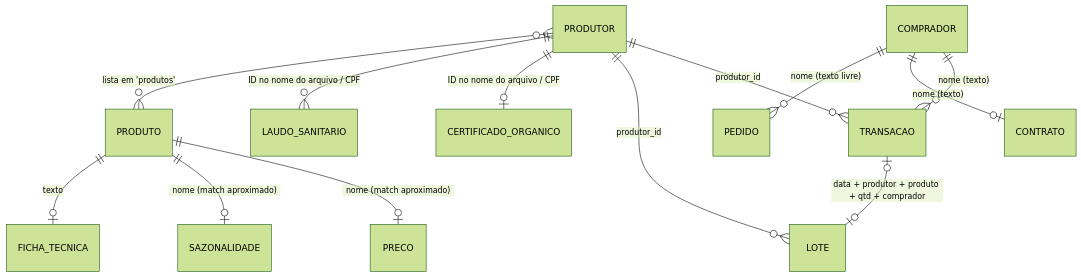
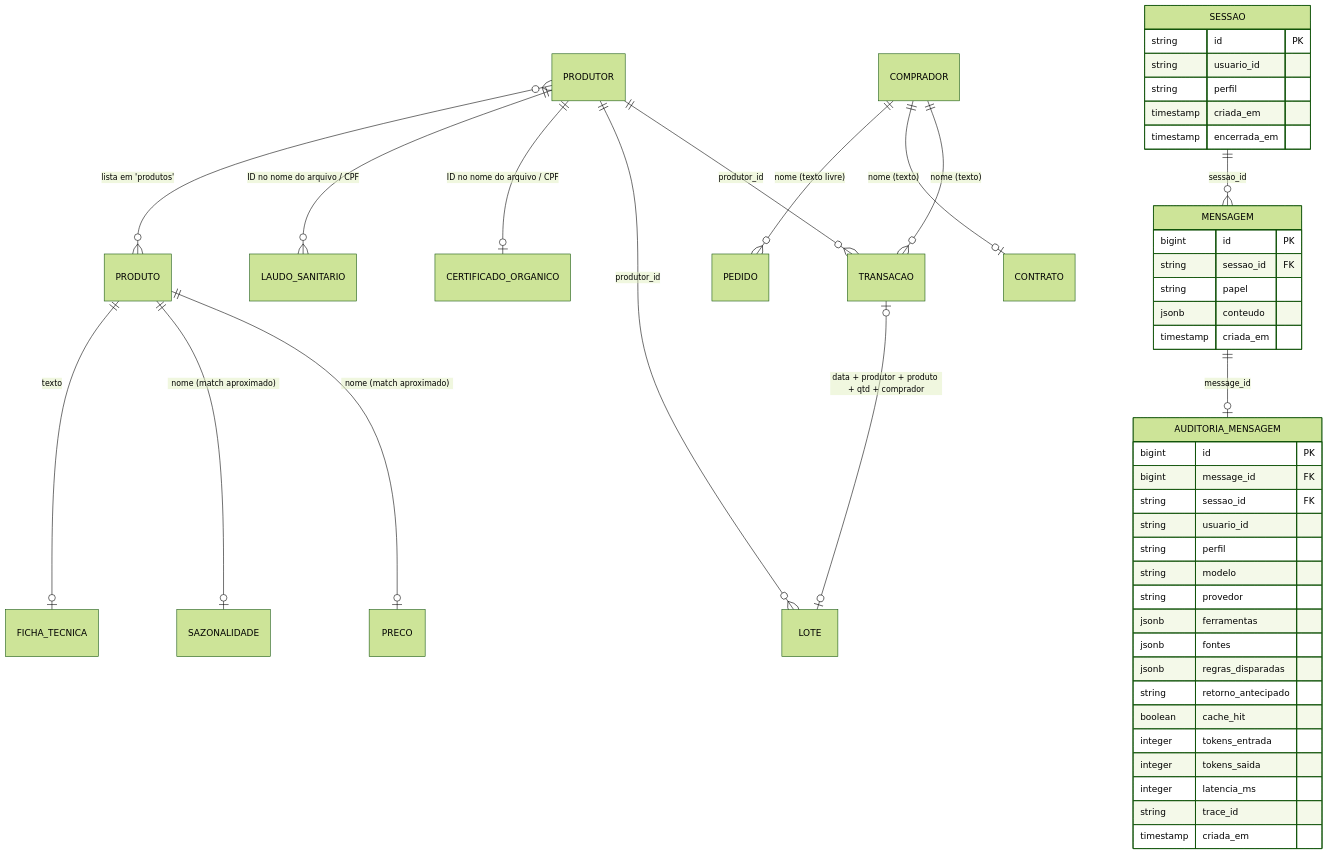
One commit to muliroZ/SaborDaTerraAI changed the diagram in docs/README.md. Above: the diagram before and after it, drawn with Mermaid (forest theme). The commit also changed other lines of this file and 10 other files, not shown here.

First line of the commit message:
feat(agent): registra auditoria por mensagem (#35)

````diff
--- a/docs/README.md
+++ b/docs/README.md
@@ -40,15 +40,50 @@
 ```mermaid
 erDiagram
     PRODUTOR ||--o{ TRANSACAO : "produtor_id"
     PRODUTOR ||--o{ LOTE : "produtor_id"
     PRODUTOR ||--o| CERTIFICADO_ORGANICO : "ID no nome do arquivo / CPF"
     PRODUTOR ||--o{ LAUDO_SANITARIO : "ID no nome do arquivo / CPF"
     PRODUTOR }o--o{ PRODUTO : "lista em 'produtos'"
     PRODUTO ||--o| PRECO : "nome (match aproximado)"
     PRODUTO ||--o| SAZONALIDADE : "nome (match aproximado)"
     PRODUTO ||--o| FICHA_TECNICA : "texto"
     TRANSACAO |o--o| LOTE : "data + produtor + produto + qtd + comprador"
     COMPRADOR ||--o{ TRANSACAO : "nome (texto)"
     COMPRADOR ||--o| CONTRATO : "nome (texto)"
     COMPRADOR ||--o{ PEDIDO : "nome (texto livre)"
+    SESSAO ||--o{ MENSAGEM : "sessao_id"
+    MENSAGEM ||--o| AUDITORIA_MENSAGEM : "message_id"
+    SESSAO {
+        string id PK
+        string usuario_id
+        string perfil
+        timestamp criada_em
+        timestamp encerrada_em
+    }
+    MENSAGEM {
+        bigint id PK
+        string sessao_id FK
+        string papel
+        jsonb conteudo
+        timestamp criada_em
+    }
+    AUDITORIA_MENSAGEM {
+        bigint id PK
+        bigint message_id FK
+        string sessao_id FK
+        string usuario_id
+        string perfil
+        string modelo
+        string provedor
+        jsonb ferramentas
+        jsonb fontes
+        jsonb regras_disparadas
+        string retorno_antecipado
+        boolean cache_hit
+        integer tokens_entrada
+        integer tokens_saida
+        integer latencia_ms
+        string trace_id
+        timestamp criada_em
+    }
 ```
````
